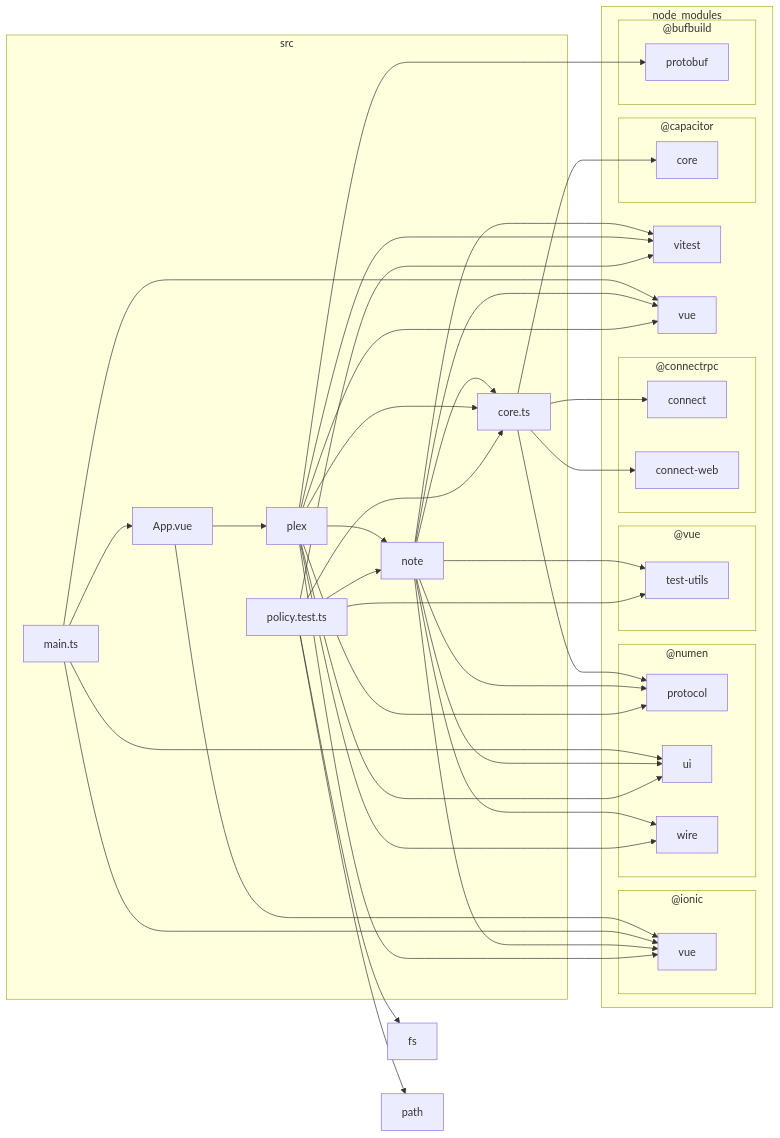
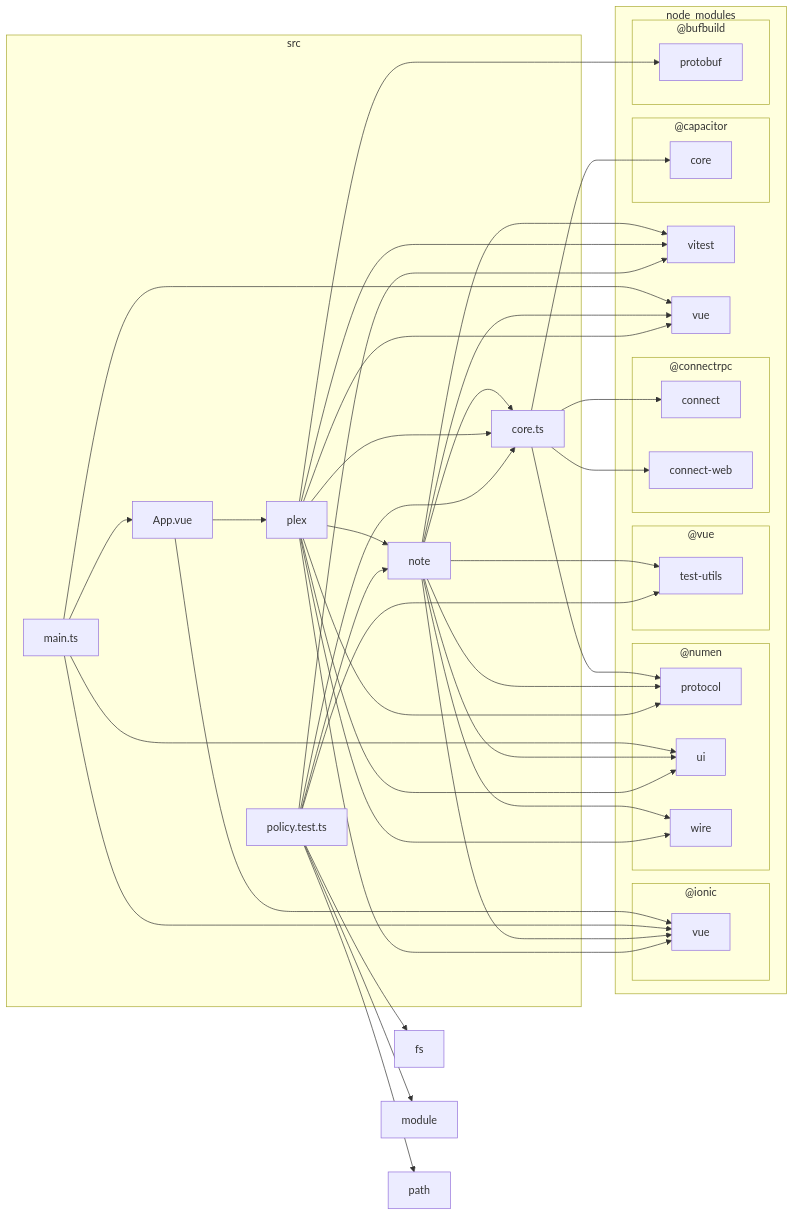
One commit to jiva-studio/numen changed the fifth of 5 diagrams in docs/dependencies.md. Above: the diagram before and after it, drawn with Mermaid.

Commit message:
docs(repo): draw the editor's new files into the graph
Claude-Session: https://claude.ai/code/session_01LzZgHJHajmCE5AMreEKb5t

````diff
--- a/docs/dependencies.md
+++ b/docs/dependencies.md
@@ -922,72 +922,74 @@
 ```mermaid
 flowchart LR
 
 subgraph 2["node_modules"]
 subgraph 3["@bufbuild"]
 4["protobuf"]
 end
 subgraph 5["@capacitor"]
 6["core"]
 end
 subgraph 7["@connectrpc"]
 8["connect"]
 9["connect-web"]
 end
 subgraph A["@ionic"]
 B["vue"]
 end
 subgraph C["@numen"]
 D["protocol"]
 E["ui"]
 F["wire"]
 end
 subgraph G["@vue"]
 H["test-utils"]
 end
 I["vitest"]
 J["vue"]
 end
 K["fs"]
-L["path"]
-subgraph M["src"]
-N["App.vue"]
-O["core.ts"]
-P["main.ts"]
-Q["note"]
-R["plex"]
-S["policy.test.ts"]
+L["module"]
+M["path"]
+subgraph N["src"]
+O["App.vue"]
+P["core.ts"]
+Q["main.ts"]
+R["note"]
+S["plex"]
+T["policy.test.ts"]
 end
-N-->B
-N-->R
-O-->6
-O-->8
-O-->9
-O-->D
-P-->B
-P-->E
-P-->J
-P-->N
+O-->B
+O-->S
+P-->6
+P-->8
+P-->9
+P-->D
 Q-->B
-Q-->D
 Q-->E
-Q-->F
-Q-->H
-Q-->I
 Q-->J
 Q-->O
-R-->4
 R-->B
 R-->D
 R-->E
 R-->F
+R-->H
 R-->I
 R-->J
-R-->O
-R-->Q
-S-->H
+R-->P
+S-->4
+S-->B
+S-->D
+S-->E
+S-->F
 S-->I
-S-->K
-S-->L
-S-->O
-S-->Q
+S-->J
+S-->P
+S-->R
+T-->H
+T-->I
+T-->K
+T-->L
+T-->M
+T-->P
+T-->R
 ```
````
